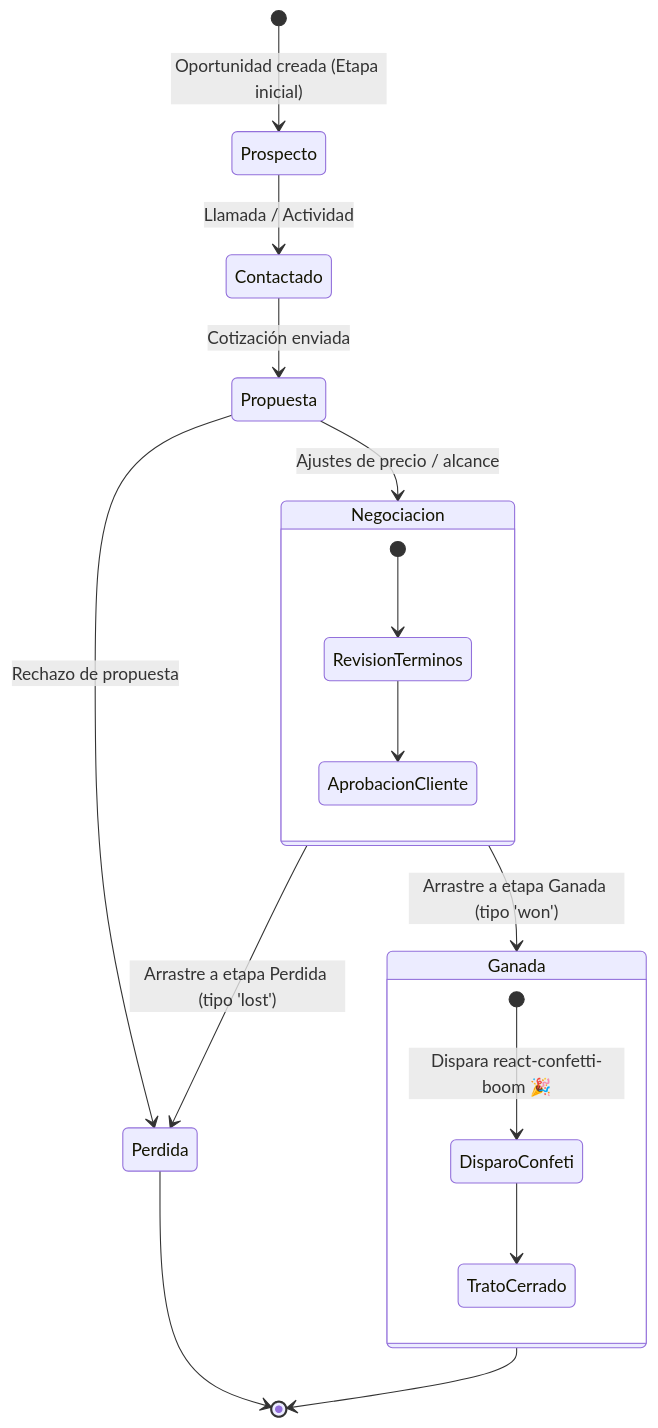
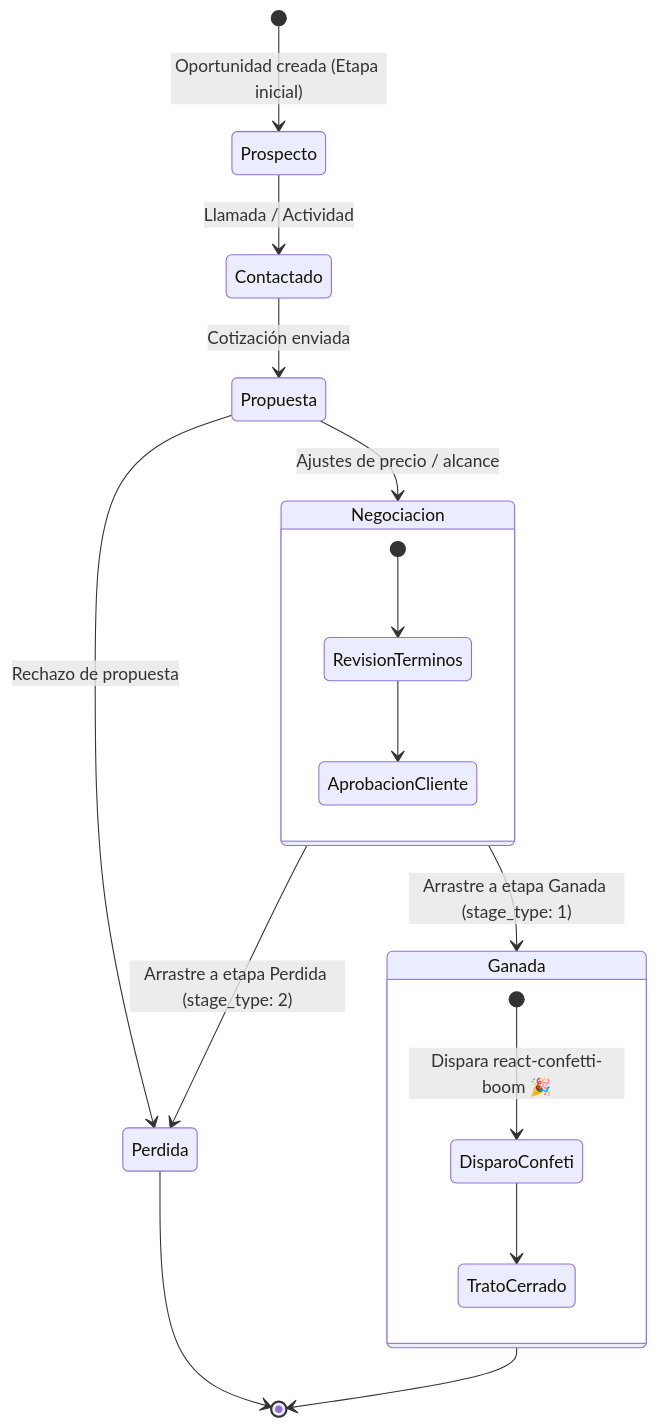
One commit to DesarrolloTibs/crm-tibs-app changed the diagram in Proyectos/CRM TIBS - Tablero Kanban & Pipeline Comercial.md. Above: the diagram before and after it, drawn with Mermaid. The commit also changed other lines of this file and 47 other files, not shown here.

````diff
--- a/Proyectos/CRM TIBS - Tablero Kanban & Pipeline Comercial.md
+++ b/Proyectos/CRM TIBS - Tablero Kanban & Pipeline Comercial.md
@@ -22,24 +67,24 @@
 ```mermaid
 stateDiagram-v2
     [*] --> Prospecto: Oportunidad creada (Etapa inicial)
     Prospecto --> Contactado: Llamada / Actividad
     Contactado --> Propuesta: Cotización enviada
     Propuesta --> Negociacion: Ajustes de precio / alcance
 
     state Negociacion {
         [*] --> RevisionTerminos
         RevisionTerminos --> AprobacionCliente
     }
 
-    Negociacion --> Ganada: Arrastre a etapa Ganada (tipo 'won')
-    Negociacion --> Perdida: Arrastre a etapa Perdida (tipo 'lost')
+    Negociacion --> Ganada: Arrastre a etapa Ganada (stage_type: 1)
+    Negociacion --> Perdida: Arrastre a etapa Perdida (stage_type: 2)
     Propuesta --> Perdida: Rechazo de propuesta
 
     state Ganada {
         [*] --> DisparoConfeti: Dispara react-confetti-boom 🎉
         DisparoConfeti --> TratoCerrado
     }
 
     Ganada --> [*]
     Perdida --> [*]
 ```
````
